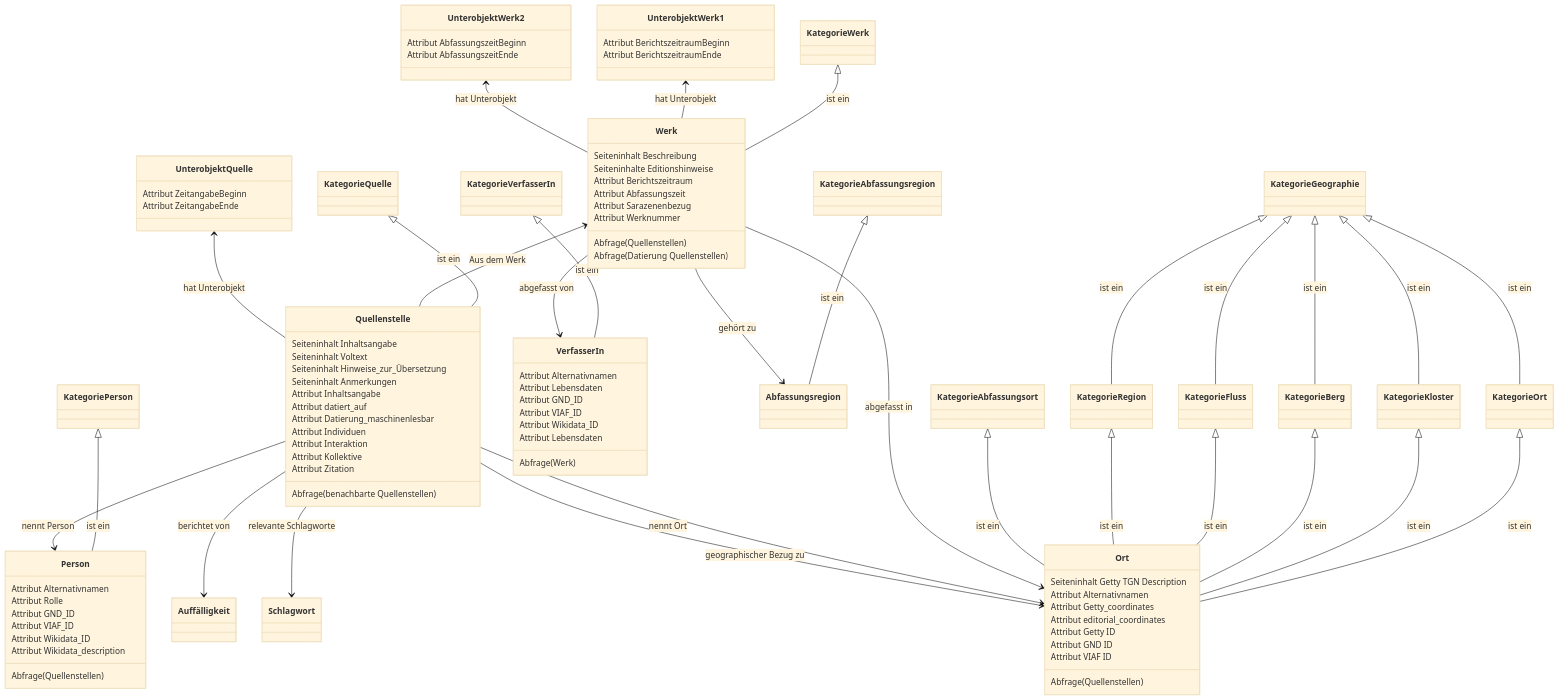
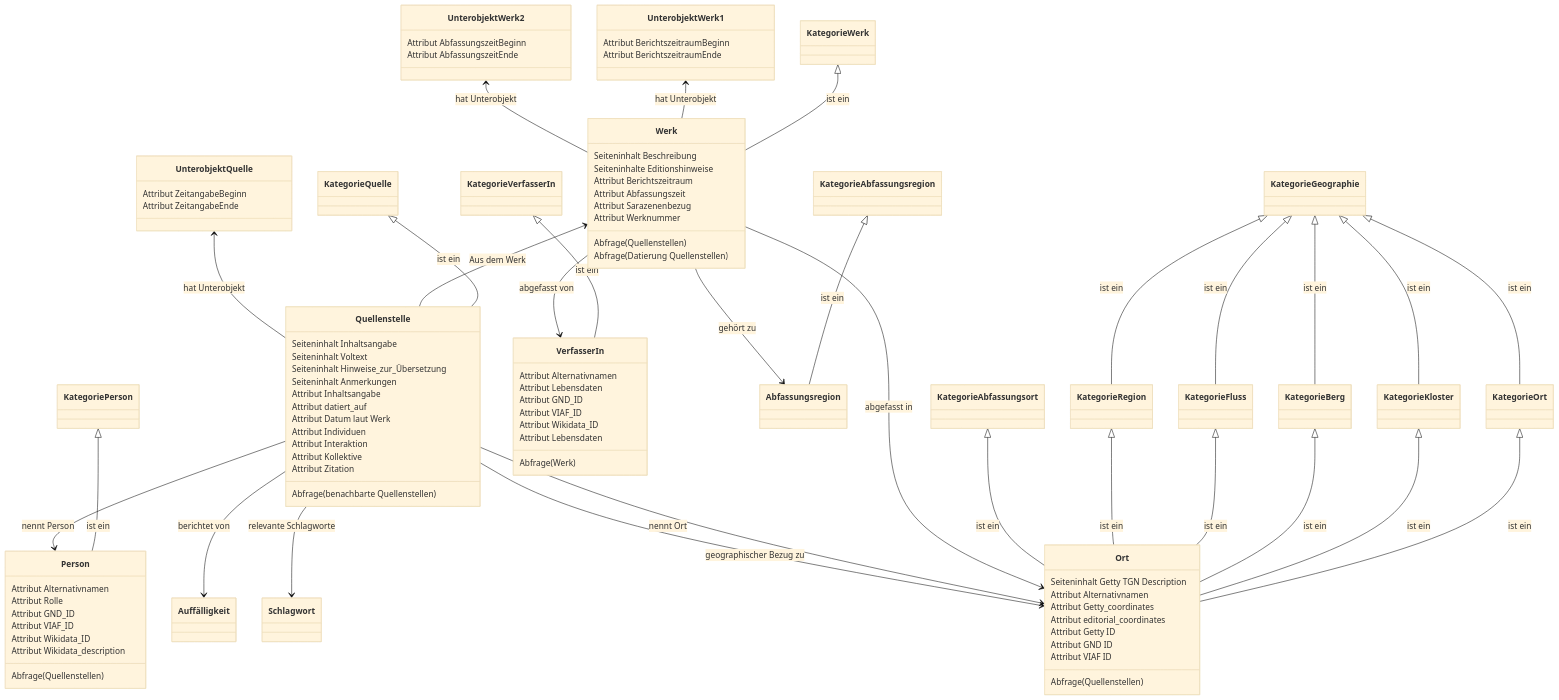
One commit to cceh/sarazenen-wiki changed the diagram in datenmodell/Readme.MD. Above: the diagram before and after it, drawn with Mermaid (base theme).

```diff
--- a/datenmodell/Readme.MD
+++ b/datenmodell/Readme.MD
@@ -85,7 +85,7 @@
     Quellenstelle: Seiteninhalt Anmerkungen
     Quellenstelle: Attribut Inhaltsangabe
     Quellenstelle: Attribut datiert_auf
-    Quellenstelle: Attribut Datierung_maschinenlesbar
+    Quellenstelle: Attribut Datum laut Werk
     Quellenstelle: Attribut Individuen
     Quellenstelle: Attribut Interaktion
     Quellenstelle: Attribut Kollektive
```
